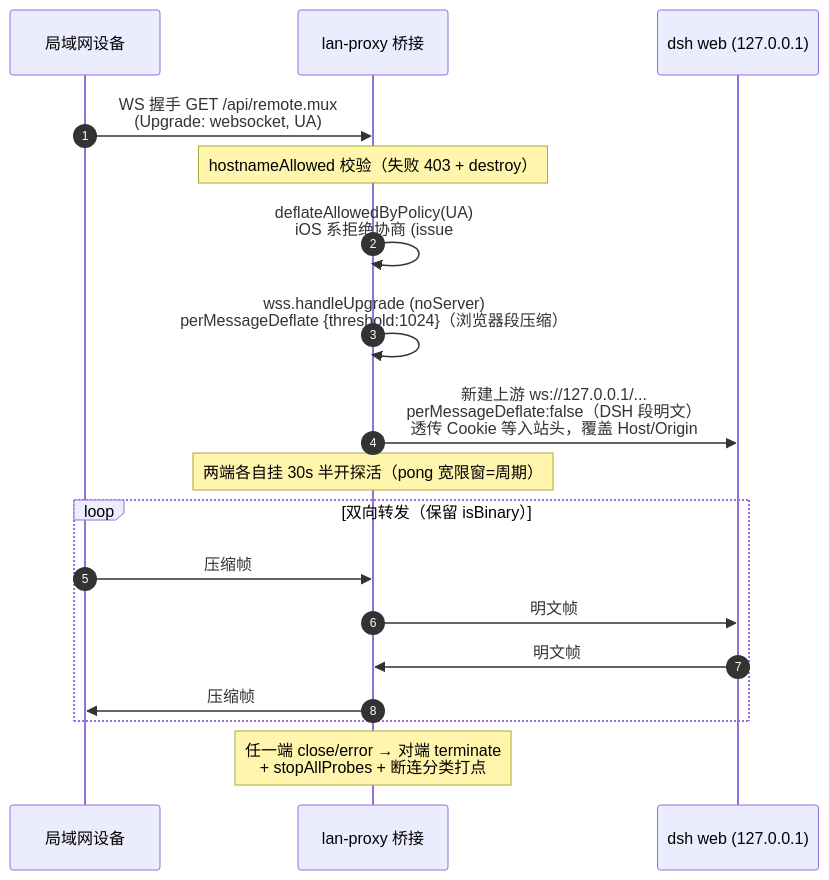
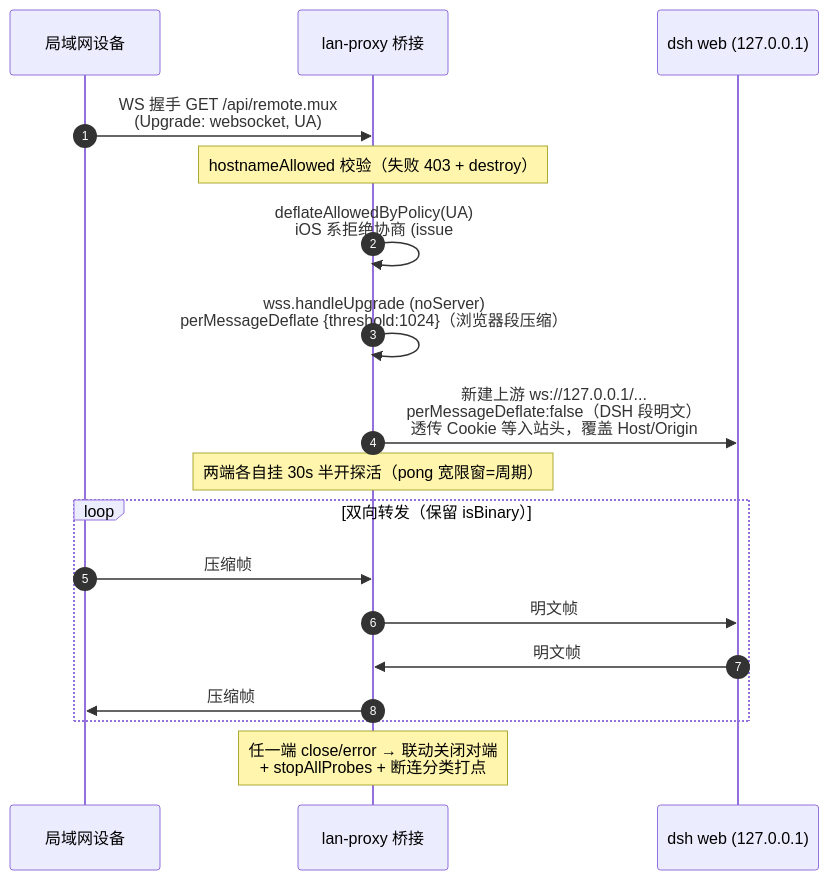
The second of 4 diagrams in docs/architecture/dsh-lan-proxy.md (realreus319/dsh-plugin-hub), drawn with Mermaid before and after one commit. The commit also changed other lines of this file and 18 other files, not shown here.

Commit message:
docs(architecture): lan-proxy 与 notifier 架构文档对齐 TOGAF 4A 四视图 (#876)

````diff
--- a/docs/architecture/dsh-lan-proxy.md
+++ b/docs/architecture/dsh-lan-proxy.md
@@ -97,21 +167,21 @@
 ```mermaid
 sequenceDiagram
     autonumber
     participant DEV as 局域网设备
     participant LP as lan-proxy 桥接
     participant DSH as dsh web (127.0.0.1)
 
     DEV->>LP: WS 握手 GET /api/remote.mux<br/>(Upgrade: websocket, UA)
     Note over LP: hostnameAllowed 校验（失败 403 + destroy）
     LP->>LP: deflateAllowedByPolicy(UA)<br/>iOS 系拒绝协商 (issue #308)
     LP->>LP: wss.handleUpgrade (noServer)<br/>perMessageDeflate {threshold:1024}（浏览器段压缩）
     LP->>DSH: 新建上游 ws://127.0.0.1/...<br/>perMessageDeflate:false（DSH 段明文）<br/>透传 Cookie 等入站头，覆盖 Host/Origin
     Note over LP: 两端各自挂 30s 半开探活（pong 宽限窗=周期）
     loop 双向转发（保留 isBinary）
         DEV->>LP: 压缩帧
         LP->>DSH: 明文帧
         DSH->>LP: 明文帧
         LP->>DEV: 压缩帧
     end
-    Note over LP: 任一端 close/error → 对端 terminate<br/>+ stopAllProbes + 断连分类打点
+    Note over LP: 任一端 close/error → 联动关闭对端<br/>+ stopAllProbes + 断连分类打点
 ```
````
